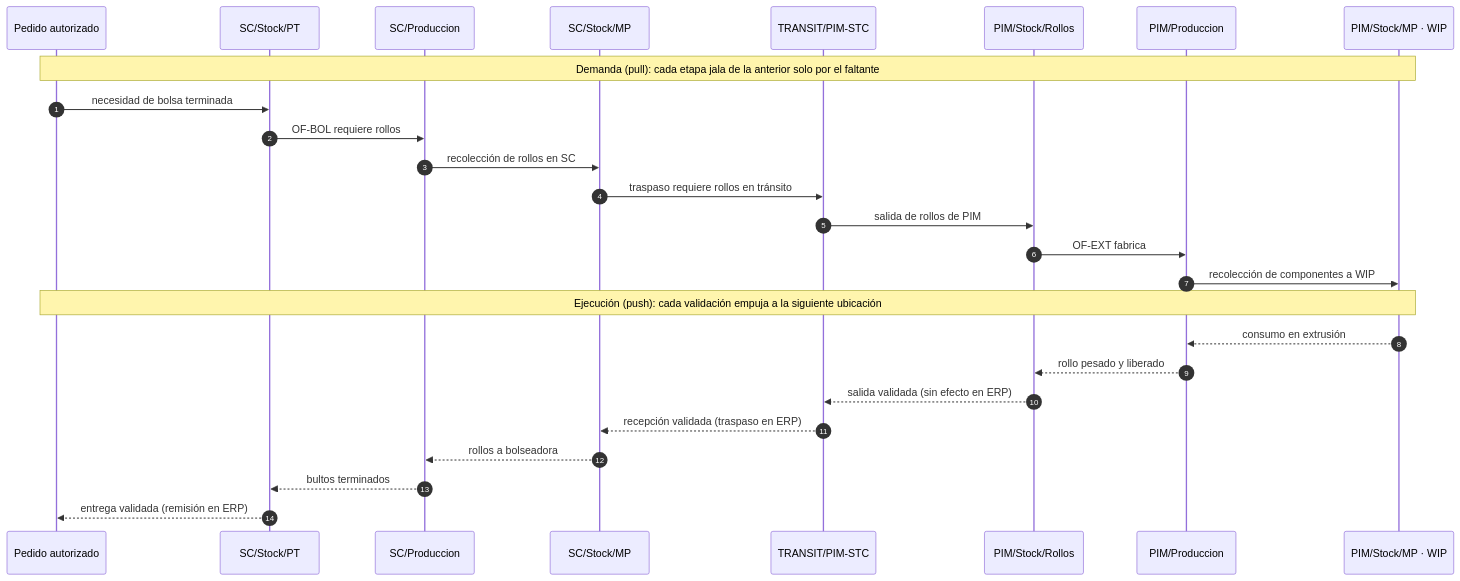
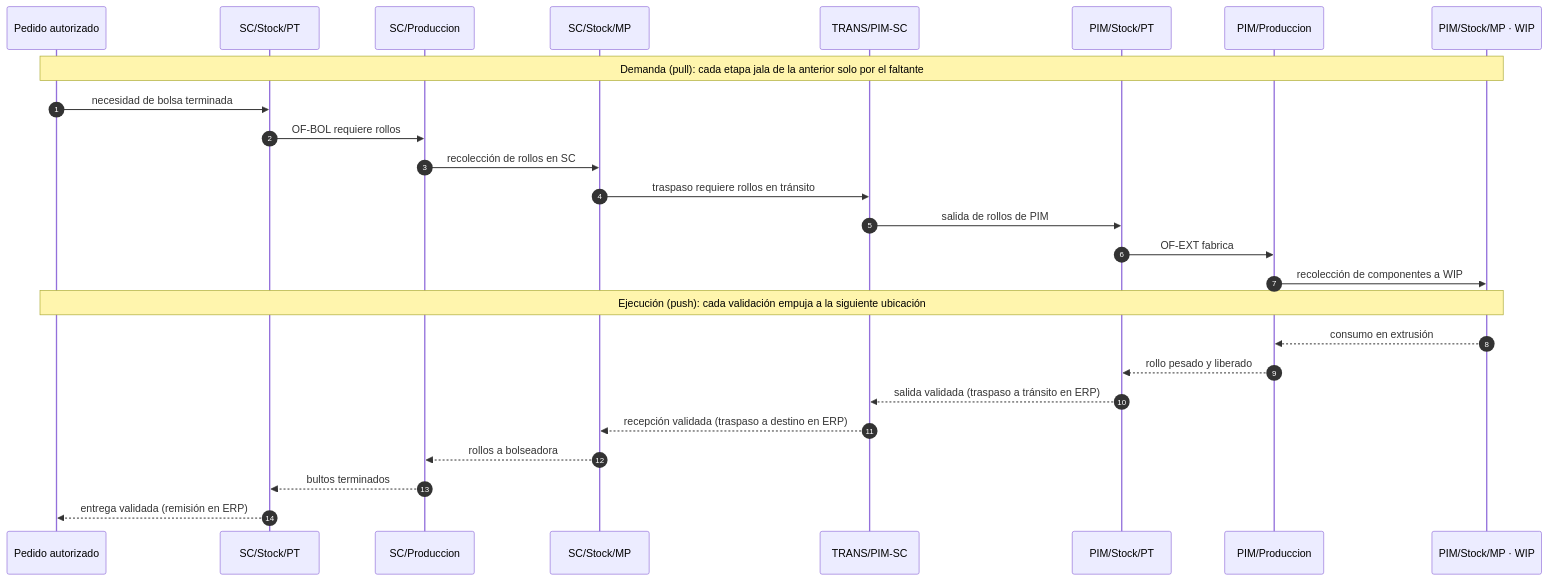
The diagram in docs/diseno/03-almacenes-y-operaciones.md (INNATOS-SYSTEMS/Polyconecta), drawn with Mermaid before and after one commit. The commit also changed other lines of this file and 19 other files, not shown here.

First line of the commit message:
Refactor domain model documentation and update architecture design

````diff
--- a/docs/diseno/03-almacenes-y-operaciones.md
+++ b/docs/diseno/03-almacenes-y-operaciones.md
@@ -74,30 +80,30 @@
 ```mermaid
 sequenceDiagram
     autonumber
     participant AC as Pedido autorizado
     participant PT as SC/Stock/PT
     participant SCP as SC/Produccion
     participant SCM as SC/Stock/MP
-    participant TR as TRANSIT/PIM-STC
-    participant ROL as PIM/Stock/Rollos
+    participant TR as TRANS/PIM-SC
+    participant ROL as PIM/Stock/PT
     participant PIMP as PIM/Produccion
     participant MP as PIM/Stock/MP · WIP
 
     Note over AC,MP: Demanda (pull): cada etapa jala de la anterior solo por el faltante
     AC->>PT: necesidad de bolsa terminada
     PT->>SCP: OF-BOL requiere rollos
     SCP->>SCM: recolección de rollos en SC
     SCM->>TR: traspaso requiere rollos en tránsito
     TR->>ROL: salida de rollos de PIM
     ROL->>PIMP: OF-EXT fabrica
     PIMP->>MP: recolección de componentes a WIP
 
     Note over AC,MP: Ejecución (push): cada validación empuja a la siguiente ubicación
     MP-->>PIMP: consumo en extrusión
     PIMP-->>ROL: rollo pesado y liberado
-    ROL-->>TR: salida validada (sin efecto en ERP)
-    TR-->>SCM: recepción validada (traspaso en ERP)
+    ROL-->>TR: salida validada (traspaso a tránsito en ERP)
+    TR-->>SCM: recepción validada (traspaso a destino en ERP)
     SCM-->>SCP: rollos a bolseadora
     SCP-->>PT: bultos terminados
     PT-->>AC: entrega validada (remisión en ERP)
 ```
````
